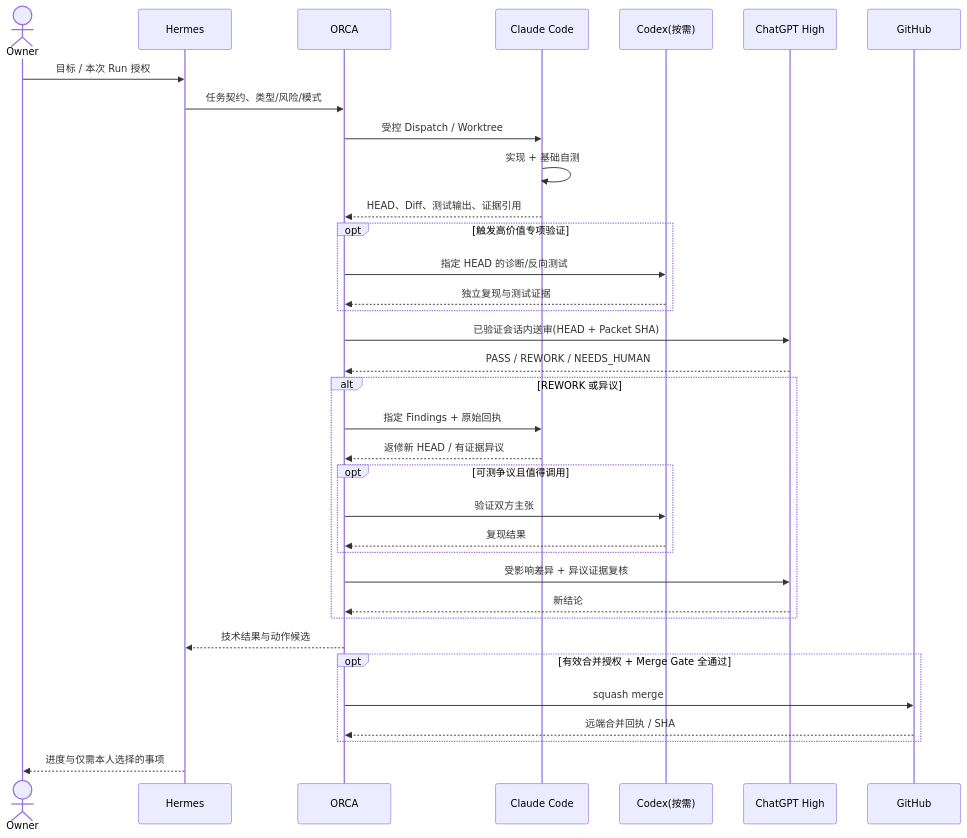
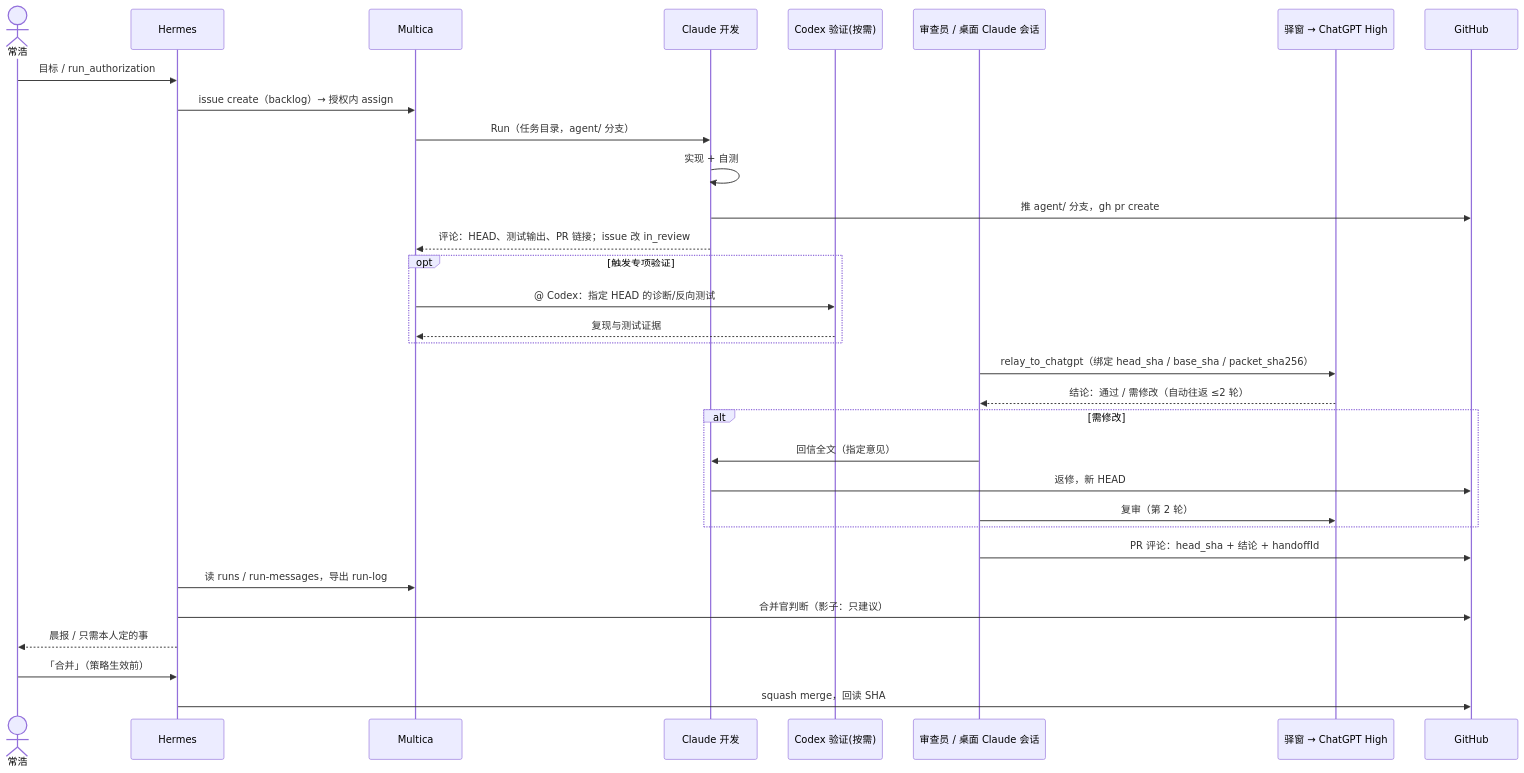
One commit to Natsukashii1997/digital-twin changed the third of 4 diagrams in docs/DT-ORC/ARCHITECTURE.md. Above: the diagram before and after it, drawn with Mermaid. The commit also changed other lines of this file and 4 other files, not shown here.

First line of the commit message:
docs(dt-orc): 架构升 V4.0，项目协同改用 Multica，移除 ORCA（#60）

````diff
--- a/docs/DT-ORC/ARCHITECTURE.md
+++ b/docs/DT-ORC/ARCHITECTURE.md
@@ -312,37 +384,34 @@
 ```mermaid
 sequenceDiagram
-    actor Owner
+    actor Owner as 常浩
     participant H as Hermes
-    participant O as ORCA
-    participant C as Claude Code
-    participant X as Codex(按需)
-    participant G as ChatGPT High
+    participant M as Multica
+    participant C as Claude 开发
+    participant X as Codex 验证(按需)
+    participant R as 审查员 / 桌面 Claude 会话
+    participant P as 驿窗 → ChatGPT High
     participant GH as GitHub
-    Owner->>H: 目标 / 本次 Run 授权
-    H->>O: 任务契约、类型/风险/模式
-    O->>C: 受控 Dispatch / Worktree
-    C->>C: 实现 + 基础自测
-    C-->>O: HEAD、Diff、测试输出、证据引用
-    opt 触发高价值专项验证
-      O->>X: 指定 HEAD 的诊断/反向测试
-      X-->>O: 独立复现与测试证据
+    Owner->>H: 目标 / run_authorization
+    H->>M: issue create（backlog）→ 授权内 assign
+    M->>C: Run（任务目录，agent/ 分支）
+    C->>C: 实现 + 自测
+    C->>GH: 推 agent/ 分支，gh pr create
+    C-->>M: 评论：HEAD、测试输出、PR 链接；issue 改 in_review
+    opt 触发专项验证
+      M->>X: @ Codex：指定 HEAD 的诊断/反向测试
+      X-->>M: 复现与测试证据
     end
-    O->>G: 已验证会话内送审(HEAD + Packet SHA)
-    G-->>O: PASS / REWORK / NEEDS_HUMAN
-    alt REWORK 或异议
-      O->>C: 指定 Findings + 原始回执
-      C-->>O: 返修新 HEAD / 有证据异议
-      opt 可测争议且值得调用
-        O->>X: 验证双方主张
-        X-->>O: 复现结果
-      end
-      O->>G: 受影响差异 + 异议证据复核
-      G-->>O: 新结论
+    R->>P: relay_to_chatgpt（绑定 head_sha / base_sha / packet_sha256）
+    P-->>R: 结论：通过 / 需修改（自动往返 ≤2 轮）
+    alt 需修改
+      R->>C: 回信全文（指定意见）
+      C->>GH: 返修，新 HEAD
+      R->>P: 复审（第 2 轮）
     end
-    O-->>H: 技术结果与动作候选
-    opt 有效合并授权 + Merge Gate 全通过
-      O->>GH: squash merge
-      GH-->>O: 远端合并回执 / SHA
-    end
-    H-->>Owner: 进度与仅需本人选择的事项
+    R->>GH: PR 评论：head_sha + 结论 + handoffId
+    H->>M: 读 runs / run-messages，导出 run-log
+    H->>GH: 合并官判断（影子：只建议）
+    H-->>Owner: 晨报 / 只需本人定的事
+    Owner->>H: 「合并」（策略生效前）
+    H->>GH: squash merge，回读 SHA
 ```
````
